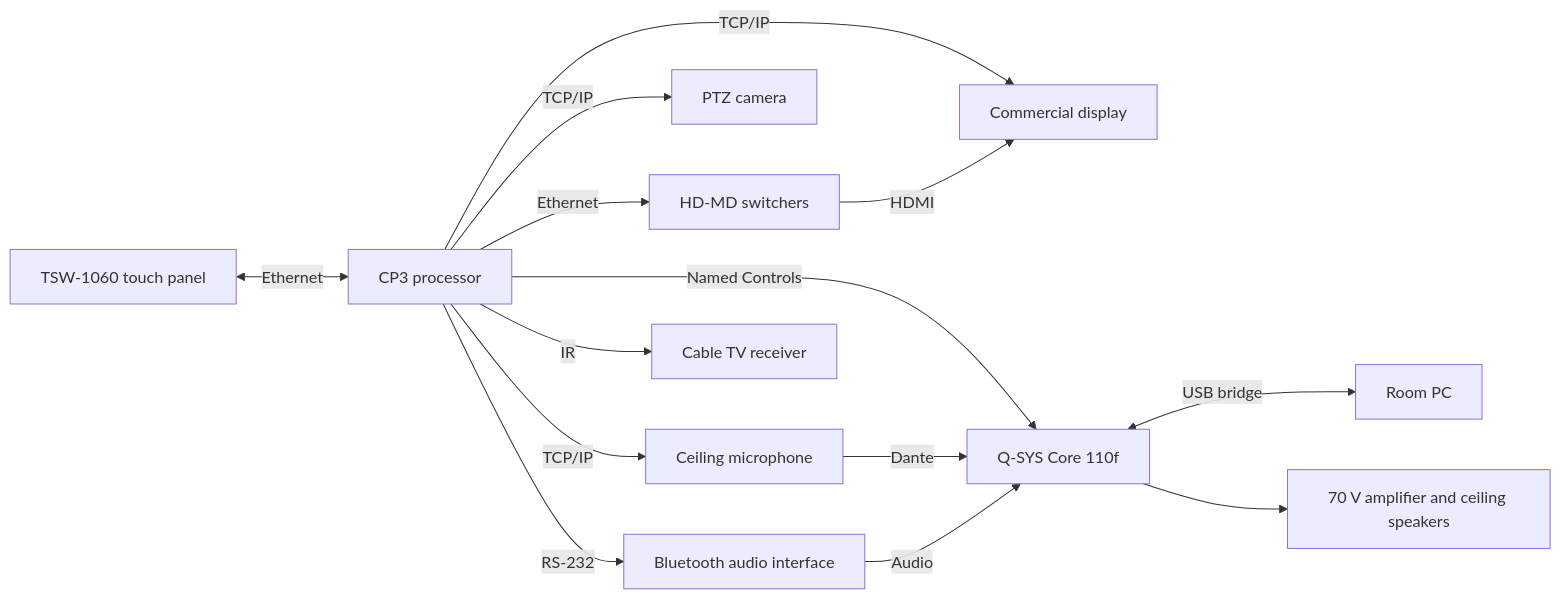
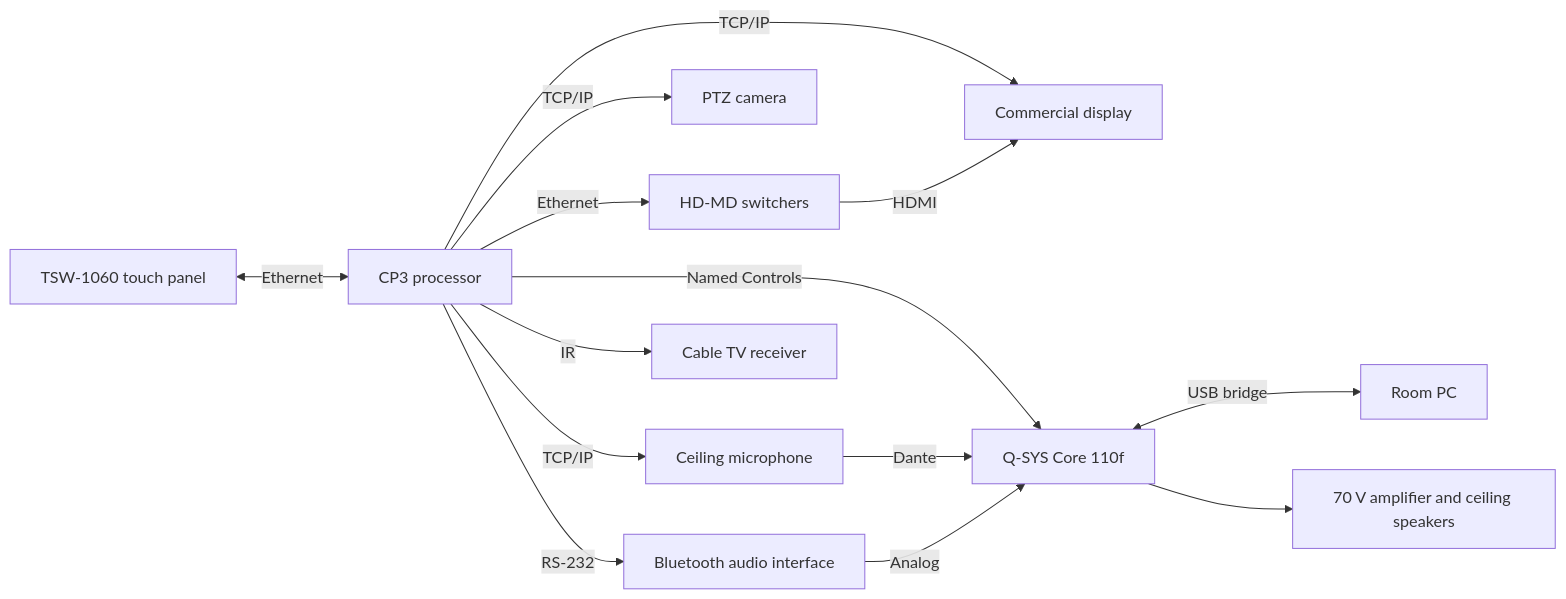
One commit to MoesLab/Crestron-Room-Demo changed the diagram in docs/System-Overview.md. Above: the diagram before and after it, drawn with Mermaid. The commit also changed 3 other files, not shown here.

````diff
--- a/docs/System-Overview.md
+++ b/docs/System-Overview.md
@@ -5,16 +5,16 @@
 ```mermaid
 flowchart LR
   TP[TSW-1060 touch panel] <-->|Ethernet| CP3[CP3 processor]
   CP3 -->|Ethernet| SW[HD-MD switchers]
   CP3 -->|TCP/IP| DISP[Commercial display]
   CP3 -->|TCP/IP| CAM[PTZ camera]
   CP3 -->|TCP/IP| MIC[Ceiling microphone]
   CP3 -->|Named Controls| CORE[Q-SYS Core 110f]
   CP3 -->|RS-232| BT[Bluetooth audio interface]
   CP3 -->|IR| TV[Cable TV receiver]
   MIC -->|Dante| CORE
-  BT -->|Audio| CORE
+  BT -->|Analog| CORE
   CORE <-->|USB bridge| PC[Room PC]
   CORE --> AMP[70 V amplifier and ceiling speakers]
   SW -->|HDMI| DISP
 ```
````
